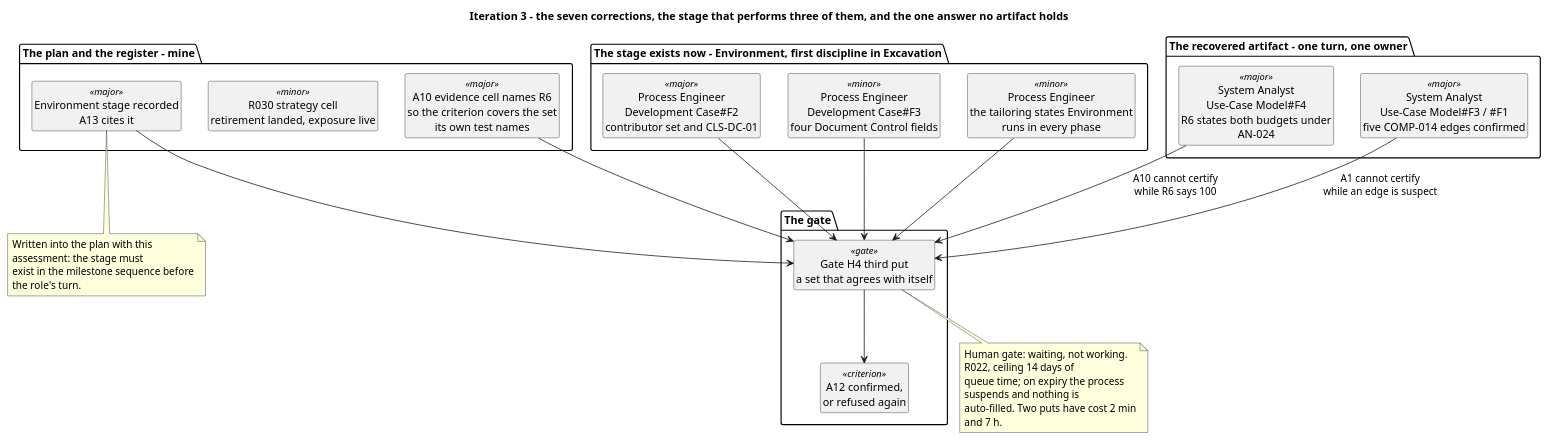
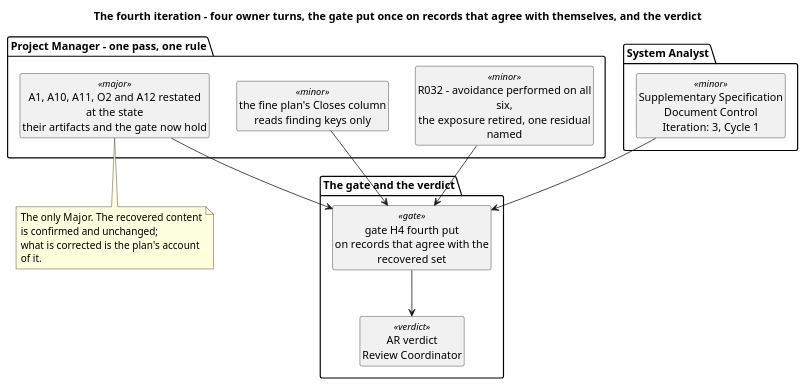
The fifth of 5 diagrams in docs/artifacts/project-management/iteration-assessment.md (banense-test/TodoApp), drawn with PlantUML before and after one commit. The commit also changed other lines of this file, not shown here.

First line of the commit message:
Project Manager [Excavation3]: upsert Iteration Assessment

````diff
--- a/docs/artifacts/project-management/iteration-assessment.md
+++ b/docs/artifacts/project-management/iteration-assessment.md
@@ -220,50 +289,31 @@
 ```plantuml
 @startuml
-title Iteration 3 - the seven corrections, the stage that performs three of them, and the one answer no artifact holds
+title The fourth iteration - four owner turns, the gate put once on records that agree with themselves, and the verdict
 skinparam shadowing false
 skinparam wrapWidth 240
 hide circle
 hide empty members
 
-package "The stage exists now - Environment, first discipline in Excavation" {
-  class "Process Engineer\nDevelopment Case#F2\ncontributor set and CLS-DC-01" as P1 <<major>>
-  class "Process Engineer\nDevelopment Case#F3\nfour Document Control fields" as P2 <<minor>>
-  class "Process Engineer\nthe tailoring states Environment\nruns in every phase" as P3 <<minor>>
+package "Project Manager - one pass, one rule" {
+  class "A1, A10, A11, O2 and A12 restated at the state\ntheir artifacts and the gate now hold" as M1 <<major>>
+  class "the fine plan's Closes column\nreads finding keys only" as M2 <<minor>>
+  class "R032 - avoidance performed on all six,\nthe exposure retired, one residual named" as M3 <<minor>>
 }
-
-package "The recovered artifact - one turn, one owner" {
-  class "System Analyst\nUse-Case Model#F4\nR6 states both budgets under AN-024" as S1 <<major>>
-  class "System Analyst\nUse-Case Model#F3 / #F1\nfive COMP-014 edges confirmed" as S2 <<major>>
+package "System Analyst" {
+  class "Supplementary Specification Document Control\nIteration: 3, Cycle 1" as S1 <<minor>>
 }
-
-package "The plan and the register - mine" {
-  class "A10 evidence cell names R6\nso the criterion covers the set\nits own test names" as M1 <<major>>
-  class "R030 strategy cell\nretirement landed, exposure live" as M2 <<minor>>
-  class "Environment stage recorded\nA13 cites it" as M3 <<major>>
+package "The gate and the verdict" {
+  class "gate H4 fourth put\non records that agree with the recovered set" as G <<gate>>
+  class "AR verdict\nReview Coordinator" as V <<verdict>>
 }
-
-package "The gate" {
-  class "Gate H4 third put\na set that agrees with itself" as G <<gate>>
-  class "A12 confirmed,\nor refused again" as A12 <<criterion>>
-}
-
-P1 --> G
-P2 --> G
-P3 --> G
-S1 --> G : A10 cannot certify\nwhile R6 says 100
-S2 --> G : A1 cannot certify\nwhile an edge is suspect
 M1 --> G
+M2 --> G
 M3 --> G
-G --> A12
-
-note bottom of M3
-  Written into the plan with this assessment: the stage must
-  exist in the milestone sequence before the role's turn.
-end note
-note bottom of G
-  Human gate: waiting, not working. R022, ceiling 14 days of
-  queue time; on expiry the process suspends and nothing is
-  auto-filled. Two puts have cost 2 min and 7 h.
+S1 --> G
+G --> V
+note bottom of M1
+  The only Major. The recovered content is confirmed and unchanged;
+  what is corrected is the plan's account of it.
 end note
 @enduml
 ```
````
